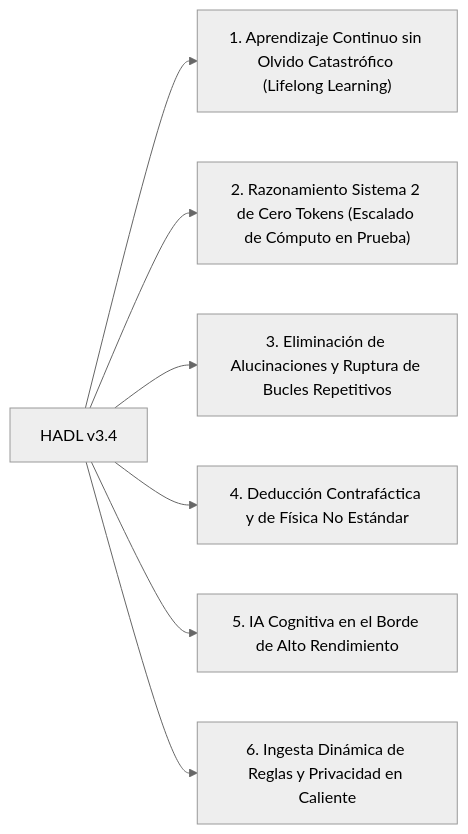
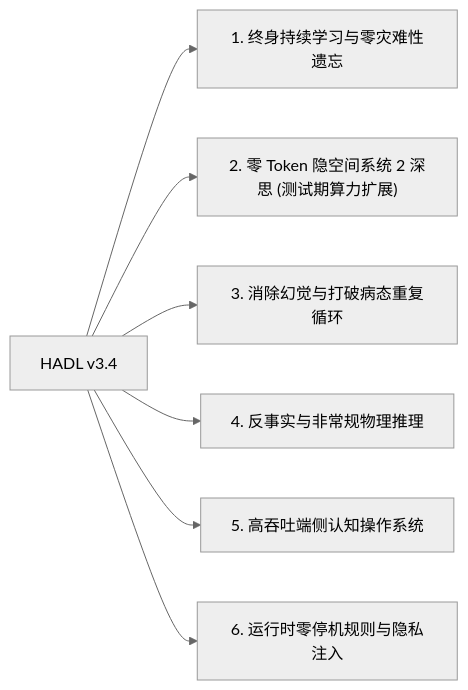
One commit to Ch3nOff/dual-loop-controller changed the diagram in docs/README_es.md. Above: the diagram before and after it, drawn with Mermaid (neutral theme). The commit also changed other lines of this file and 14 other files, not shown here.

Commit message:
feat: add real GPU continual learning benchmark and model architecture reference landscape across all READMEs

````diff
--- a/docs/README_es.md
+++ b/docs/README_es.md
@@ -87,9 +134,9 @@
 ```mermaid
 flowchart LR
-    A["HADL v3.4"] --> B["1. Aprendizaje Continuo sin Olvido Catastrófico (Lifelong Learning)"]
-    A --> C["2. Razonamiento Sistema 2 de Cero Tokens (Escalado de Cómputo en Prueba)"]
-    A --> D["3. Eliminación de Alucinaciones y Ruptura de Bucles Repetitivos"]
-    A --> E["4. Deducción Contrafáctica y de Física No Estándar"]
-    A --> F["5. IA Cognitiva en el Borde de Alto Rendimiento"]
-    A --> G["6. Ingesta Dinámica de Reglas y Privacidad en Caliente"]
+    A["HADL v3.4"] --> B["1. 终身持续学习与零灾难性遗忘"]
+    A --> C["2. 零 Token 隐空间系统 2 深思 (测试期算力扩展)"]
+    A --> D["3. 消除幻觉与打破病态重复循环"]
+    A --> E["4. 反事实与非常规物理推理"]
+    A --> F["5. 高吞吐端侧认知操作系统"]
+    A --> G["6. 运行时零停机规则与隐私注入"]
 ```
````
